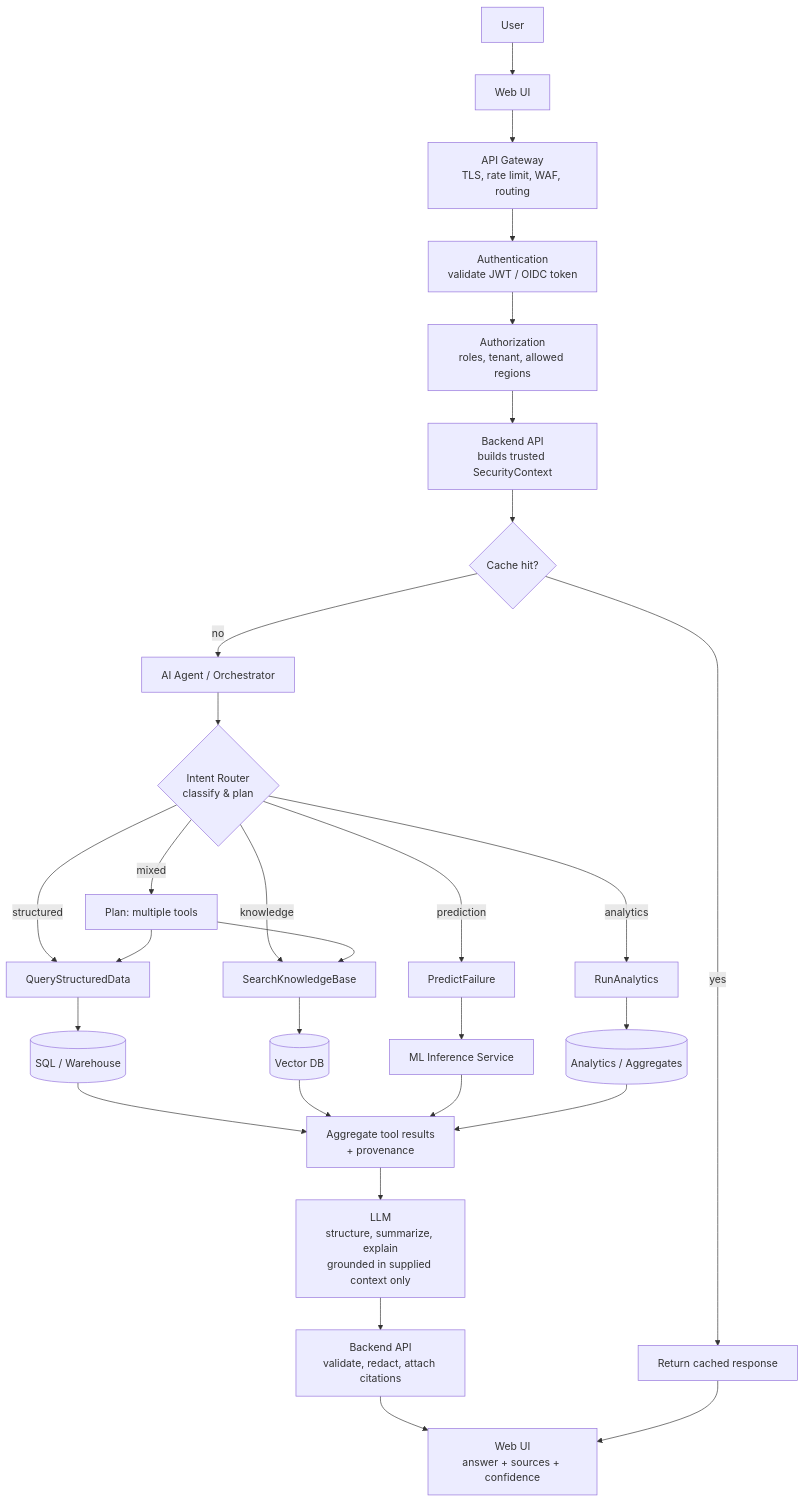
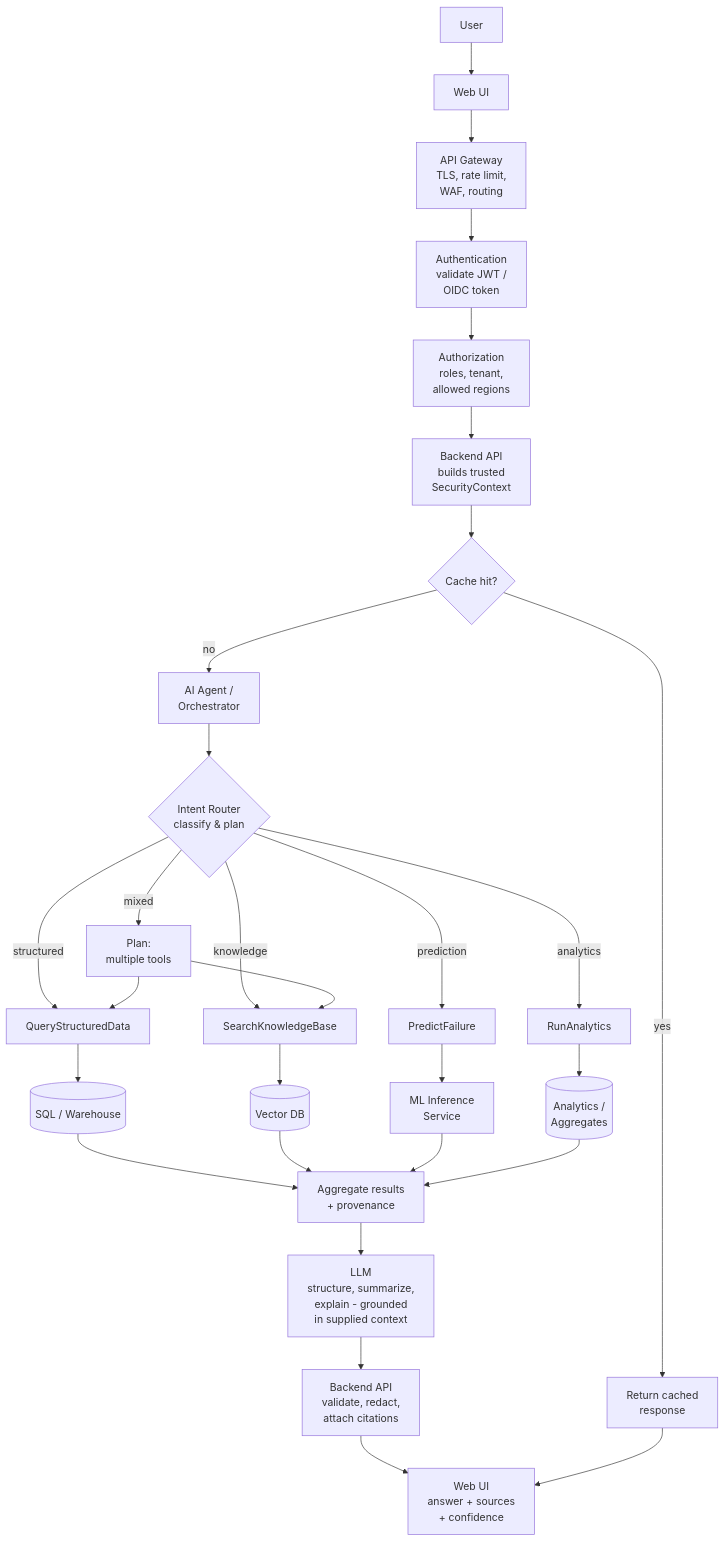
One commit to Prutech-Solutions-India/HPD_Document_Validation changed the third of 4 diagrams in johndeerereadme.md. Above: the diagram before and after it, drawn with Mermaid. The commit also changed other lines of this file, not shown here.

Commit message:
Wrap Mermaid node labels so rendered boxes fit their text

````diff
--- a/johndeerereadme.md
+++ b/johndeerereadme.md
@@ -96,31 +96,31 @@
 ```mermaid
 flowchart TB
     U["User"] --> UI["Web UI"]
-    UI --> GW["API Gateway<br/>TLS, rate limit, WAF, routing"]
-    GW --> AU["Authentication<br/>validate JWT / OIDC token"]
-    AU --> AZ["Authorization<br/>roles, tenant, allowed regions"]
-    AZ --> API["Backend API<br/>builds trusted SecurityContext"]
+    UI --> GW["API Gateway<br/>TLS, rate limit,<br/>WAF, routing"]
+    GW --> AU["Authentication<br/>validate JWT /<br/>OIDC token"]
+    AU --> AZ["Authorization<br/>roles, tenant,<br/>allowed regions"]
+    AZ --> API["Backend API<br/>builds trusted<br/>SecurityContext"]
     API --> CACHE{"Cache hit?"}
-    CACHE -- "yes" --> RESP["Return cached response"]
-    CACHE -- "no" --> AG["AI Agent / Orchestrator"]
+    CACHE -- "yes" --> RESP["Return cached<br/>response"]
+    CACHE -- "no" --> AG["AI Agent /<br/>Orchestrator"]
     AG --> IR{"Intent Router<br/>classify & plan"}
     IR -- "structured" --> T1["QueryStructuredData"]
     IR -- "knowledge" --> T2["SearchKnowledgeBase"]
     IR -- "prediction" --> T3["PredictFailure"]
     IR -- "analytics" --> T4["RunAnalytics"]
-    IR -- "mixed" --> T5["Plan: multiple tools"]
+    IR -- "mixed" --> T5["Plan:<br/>multiple tools"]
     T1 --> DS1[("SQL / Warehouse")]
     T2 --> DS2[("Vector DB")]
-    T3 --> DS3["ML Inference Service"]
-    T4 --> DS4[("Analytics / Aggregates")]
+    T3 --> DS3["ML Inference<br/>Service"]
+    T4 --> DS4[("Analytics /<br/>Aggregates")]
     T5 --> T1
     T5 --> T2
-    DS1 --> AGG["Aggregate tool results<br/>+ provenance"]
+    DS1 --> AGG["Aggregate results<br/>+ provenance"]
     DS2 --> AGG
     DS3 --> AGG
     DS4 --> AGG
-    AGG --> LLM["LLM<br/>structure, summarize, explain<br/>grounded in supplied context only"]
-    LLM --> API2["Backend API<br/>validate, redact, attach citations"]
-    API2 --> UI2["Web UI<br/>answer + sources + confidence"]
+    AGG --> LLM["LLM<br/>structure, summarize,<br/>explain - grounded<br/>in supplied context"]
+    LLM --> API2["Backend API<br/>validate, redact,<br/>attach citations"]
+    API2 --> UI2["Web UI<br/>answer + sources<br/>+ confidence"]
     RESP --> UI2
 ```
````
